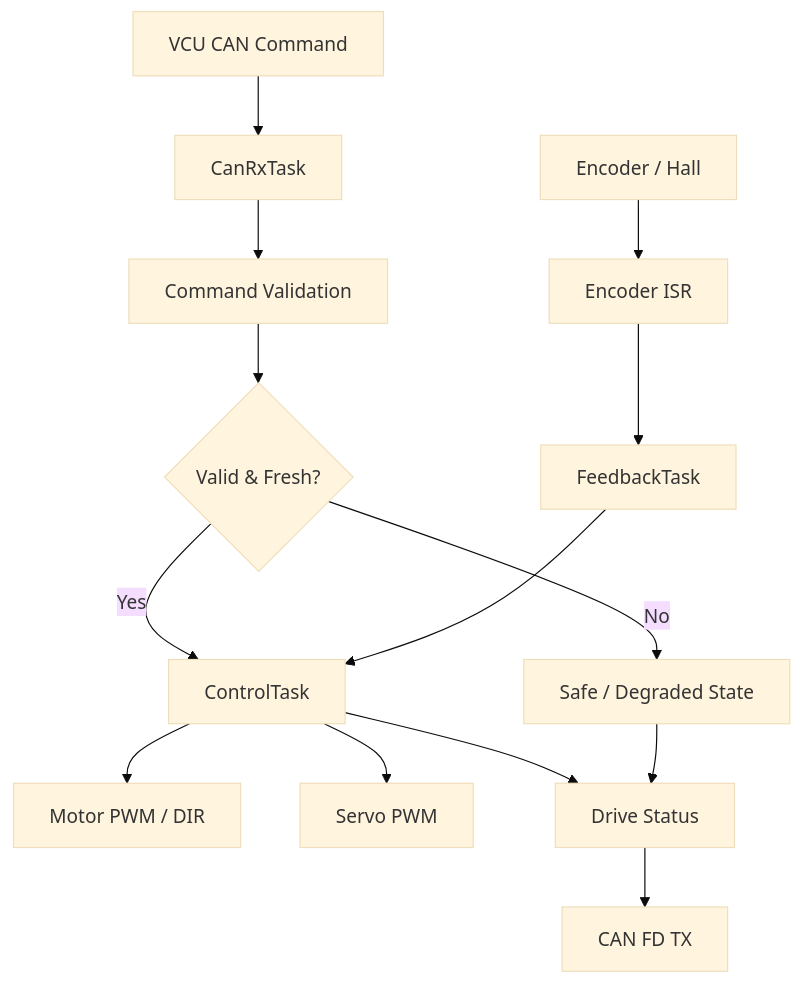
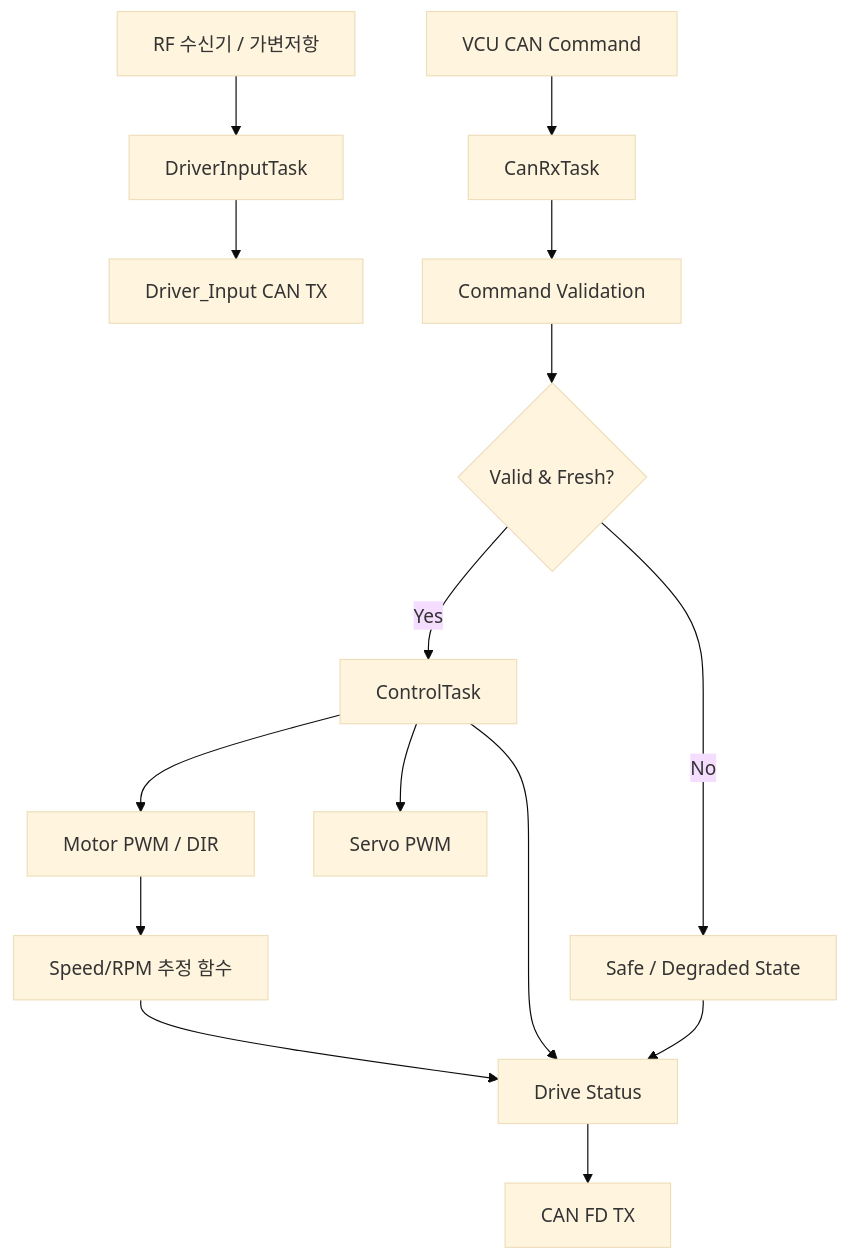
The diagram in docs/ecus/Motor_Steering_Control/SPECIFICATION.md (sunmaan22/SDV_MCU_Project), drawn with Mermaid (base theme) before and after one commit. The commit also changed other lines of this file and 28 other files, not shown here.

````diff
--- a/docs/ecus/Motor_Steering_Control/SPECIFICATION.md
+++ b/docs/ecus/Motor_Steering_Control/SPECIFICATION.md
@@ -108,18 +122,19 @@
 ```mermaid
 flowchart TD
+    RF[RF 수신기 / 가변저항] --> DI[DriverInputTask]
+    DI --> DIPUB[Driver_Input CAN TX]
+
     A[VCU CAN Command] --> B[CanRxTask]
     B --> C[Command Validation]
     C --> D{Valid & Fresh?}
     D -->|No| E[Safe / Degraded State]
     D -->|Yes| F[ControlTask]
 
-    ENC[Encoder / Hall] --> ISR[Encoder ISR]
-    ISR --> FB[FeedbackTask]
-    FB --> F
-
     F --> M[Motor PWM / DIR]
     F --> S[Servo PWM]
-    F --> ST[Drive Status]
+    M --> EST[Speed/RPM 추정 함수]
+    EST --> ST[Drive Status]
+    F --> ST
     E --> ST
     ST --> CAN[CAN FD TX]
 ```
````
